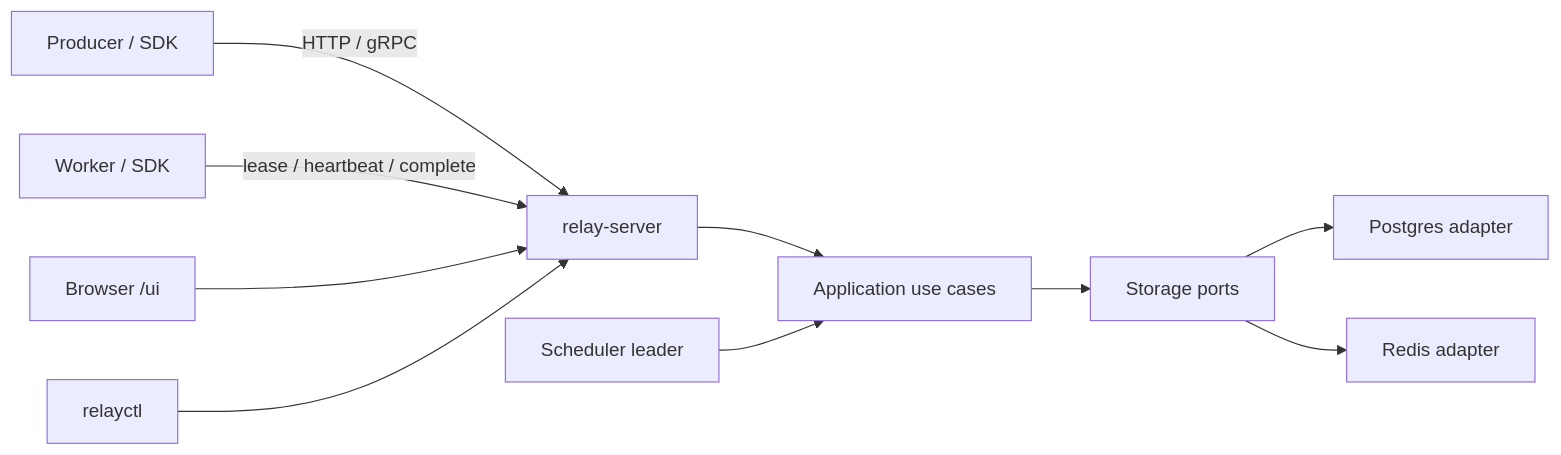
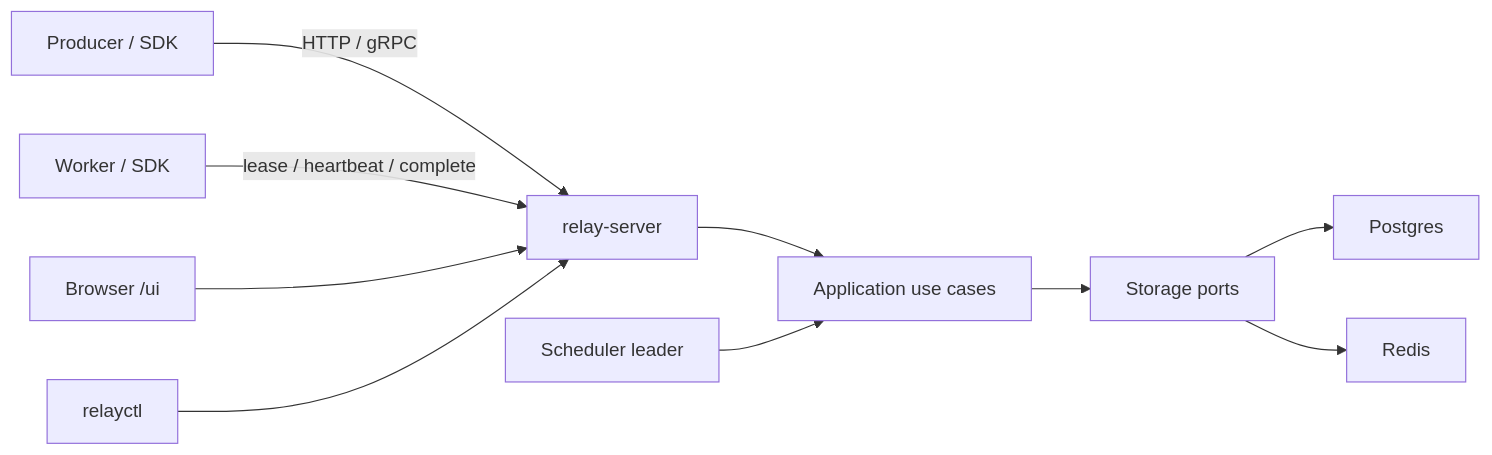
The diagram in README.md (MEHRDADsmj/Relay), drawn with Mermaid before and after one commit. The commit also changed other lines of this file and 1 other file, not shown here.

````diff
--- a/README.md
+++ b/README.md
@@ -70,12 +322,12 @@
 ```mermaid
 flowchart LR
   Producer["Producer / SDK"] -->|HTTP / gRPC| API["relay-server"]
   Worker["Worker / SDK"] -->|lease / heartbeat / complete| API
   UI["Browser /ui"] --> API
   CLI["relayctl"] --> API
   API --> App["Application use cases"]
   App --> Port["Storage ports"]
-  Port --> PG["Postgres adapter"]
-  Port --> RD["Redis adapter"]
+  Port --> PG["Postgres"]
+  Port --> RD["Redis"]
   Sched["Scheduler leader"] --> App
 ```
````
